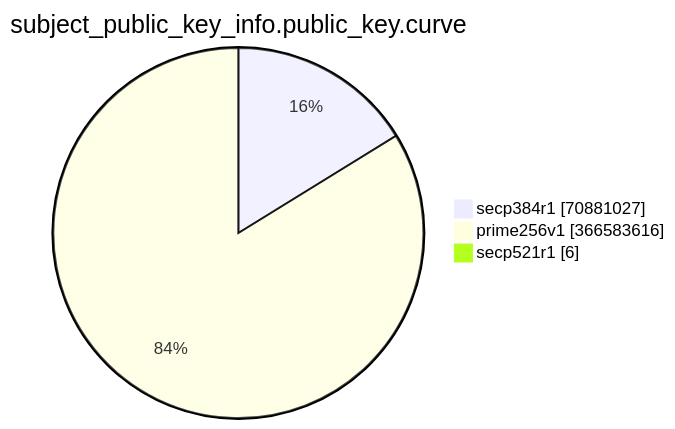
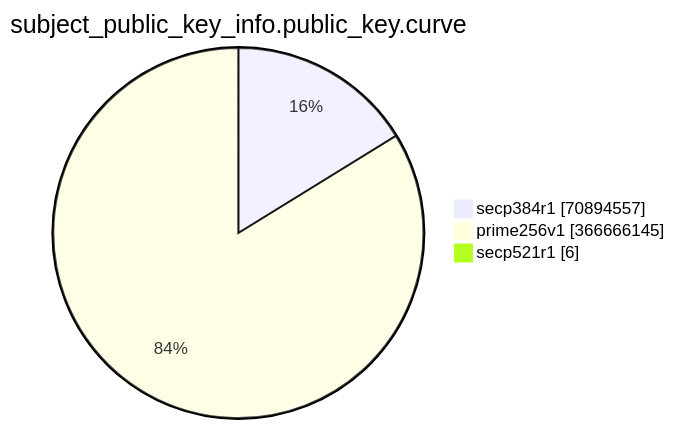
The eighth of 15 diagrams in TOTAL/README.md (christiankrug/ctmonitor_visualization), drawn with Mermaid before and after one commit. The commit also changed other lines of this file, not shown here.

````diff
--- a/TOTAL/README.md
+++ b/TOTAL/README.md
@@ -3092,7 +3092,7 @@
 ```mermaid
 pie showData
 title subject_public_key_info.public_key.curve
-"secp384r1" :70881027
-"prime256v1" :366583616
+"secp384r1" :70894557
+"prime256v1" :366666145
 "secp521r1" :6
 ```
````
